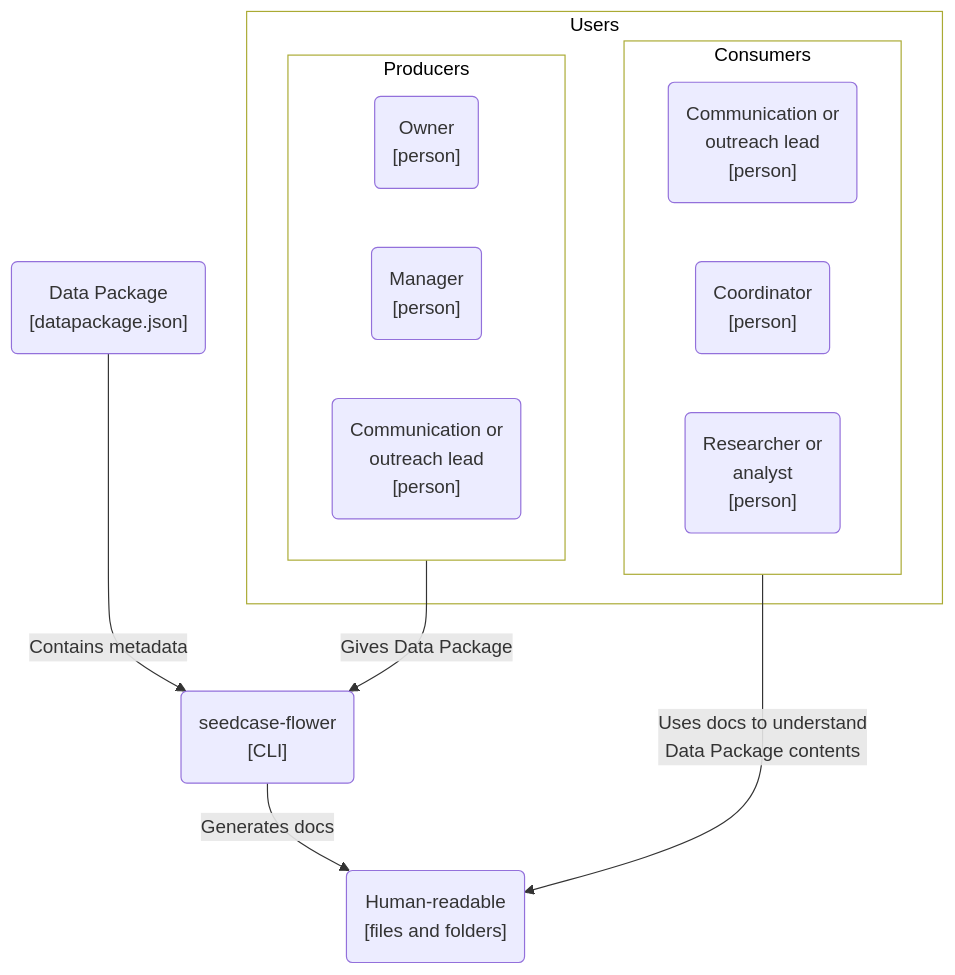
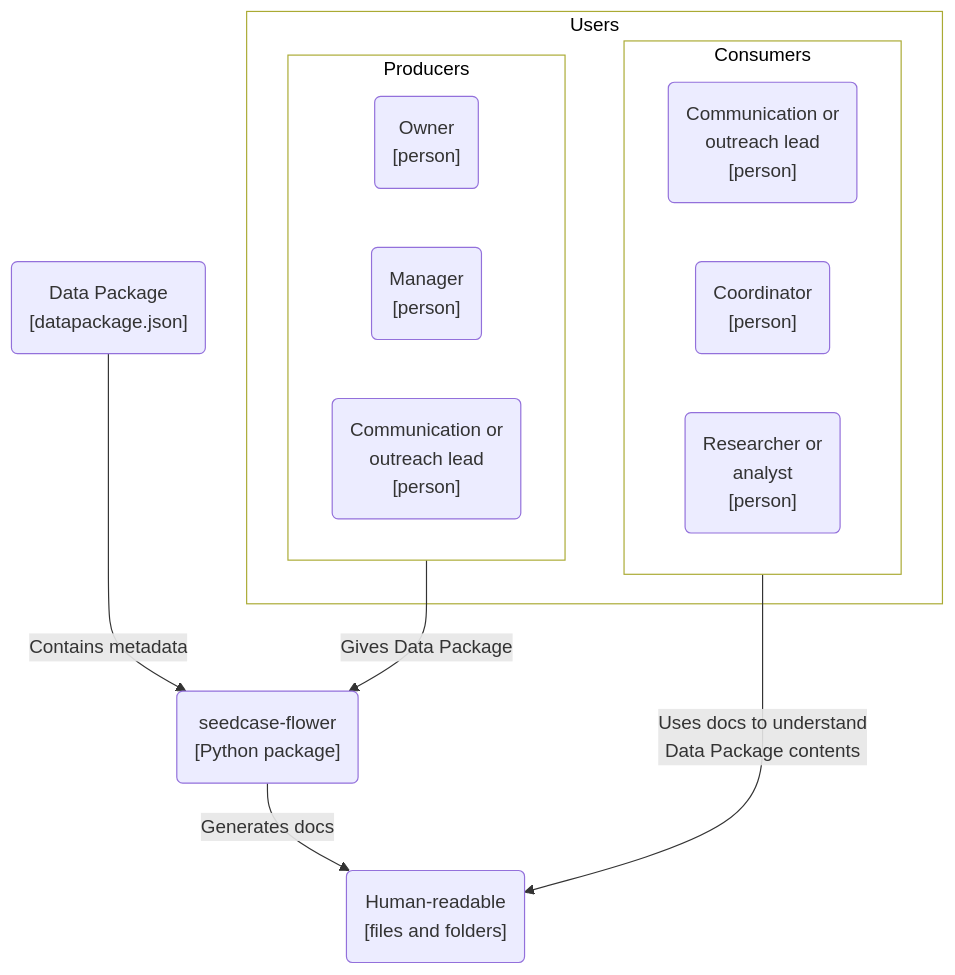
One commit to seedcase-project/seedcase-flower changed the first of 3 diagrams in docs/design/architecture.qmd. Above: the diagram before and after it, drawn with Mermaid.

Commit message:
docs: "CLI" -> "Python package"
Bc seedcase-flower here is the entire package, including the CLI and core Python package as described in the other diagrans

````diff
--- a/docs/design/architecture.qmd
+++ b/docs/design/architecture.qmd
@@ -122,37 +122,37 @@
 ```{mermaid}
 %%| label: fig-c4-context
 %%| fig-cap: "C4 system context diagram showing the anticipated users and external systems Flower interacts with."
 flowchart
 
     subgraph Users
         Producers["Producer users"]
         Consumers["Consumer users"]
     end
 
     subgraph Producers
         user_owner("Owner<br>[person]")
         user_manager("Manager<br>[person]")
         user_communicator1("Communication or<br>outreach lead<br>[person]")
     end
 
     subgraph Consumers
         user_communicator2("Communication or<br>outreach lead<br>[person]")
         user_coordinator("Coordinator<br>[person]")
         user_researcher("Researcher or<br>analyst<br>[person]")
     end
 
     datapackage("Data Package<br>[datapackage.json]")
-    flower("seedcase-flower<br>[CLI]")
+    flower("seedcase-flower<br>[Python package]")
 
     output("Human-readable<br>[files and folders]")
 
     datapackage --"Contains metadata"--> flower
     Producers --"Gives Data Package"--> flower
     flower --"Generates docs"--> output
     Consumers --"Uses docs to understand<br>Data Package contents"--> output
 
     %% Styling
     style Producers fill:#FFFFFF, color:#000000
     style Consumers fill:#FFFFFF, color:#000000
     style Users fill:#FFFFFF, color:#000000
 ```
````
